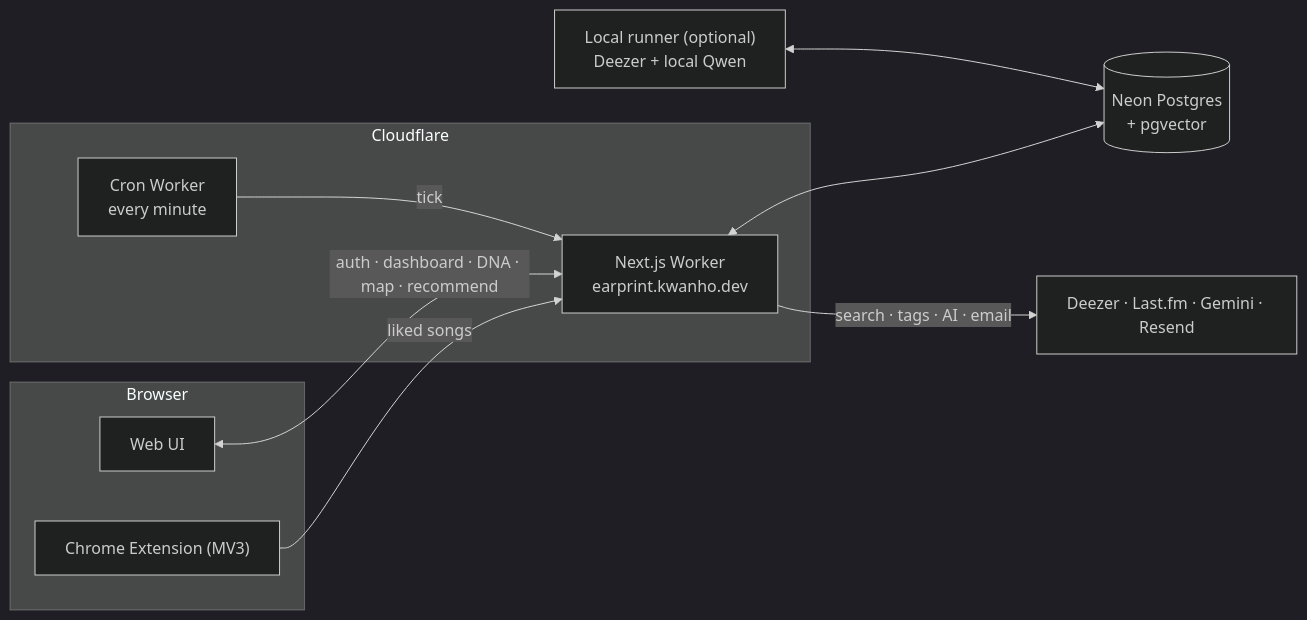
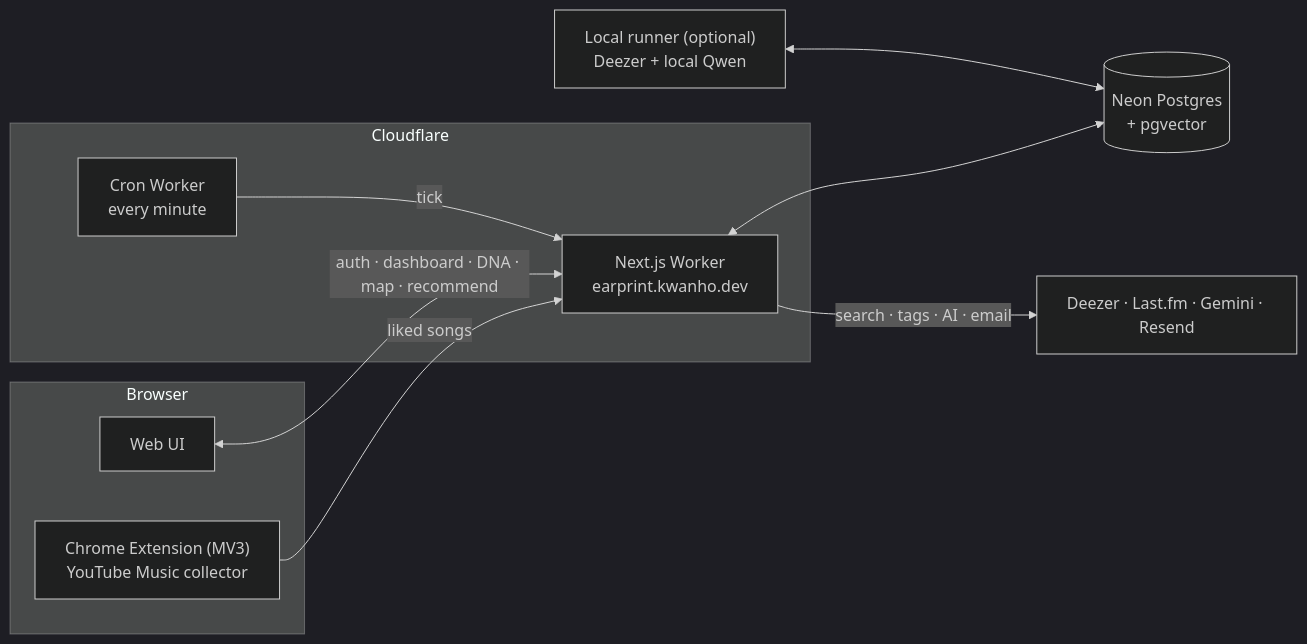
The first of 2 diagrams in README.md (KKWANH/earprint), drawn with Mermaid (dark theme) before and after one commit. The commit also changed other lines of this file and 4 other files, not shown here.

````diff
--- a/README.md
+++ b/README.md
@@ -69,20 +71,20 @@
 ```mermaid
 flowchart LR
   subgraph Browser
-    EXT["Chrome Extension (MV3)"]
+    EXT["Chrome Extension (MV3)<br/>YouTube Music collector"]
     UI["Web UI"]
   end
   subgraph Cloudflare
     WEB["Next.js Worker<br/>earprint.kwanho.dev"]
     CRON["Cron Worker<br/>every minute"]
   end
   DB[("Neon Postgres<br/>+ pgvector")]
   LOCAL["Local runner (optional)<br/>Deezer + local Qwen"]
   API["Deezer · Last.fm · Gemini · Resend"]
   EXT -- "liked songs" --> WEB
   UI <-- "auth · dashboard · DNA · map · recommend" --> WEB
   CRON -- "tick" --> WEB
   WEB <--> DB
   LOCAL <--> DB
   WEB -- "search · tags · AI · email" --> API
 ```
````
